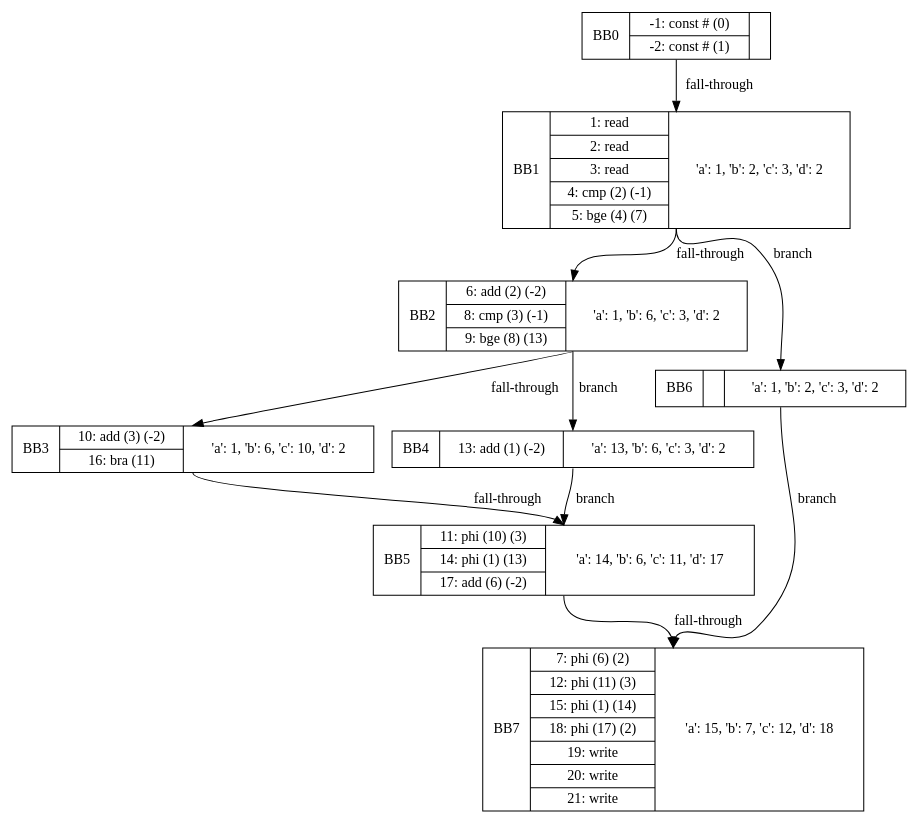
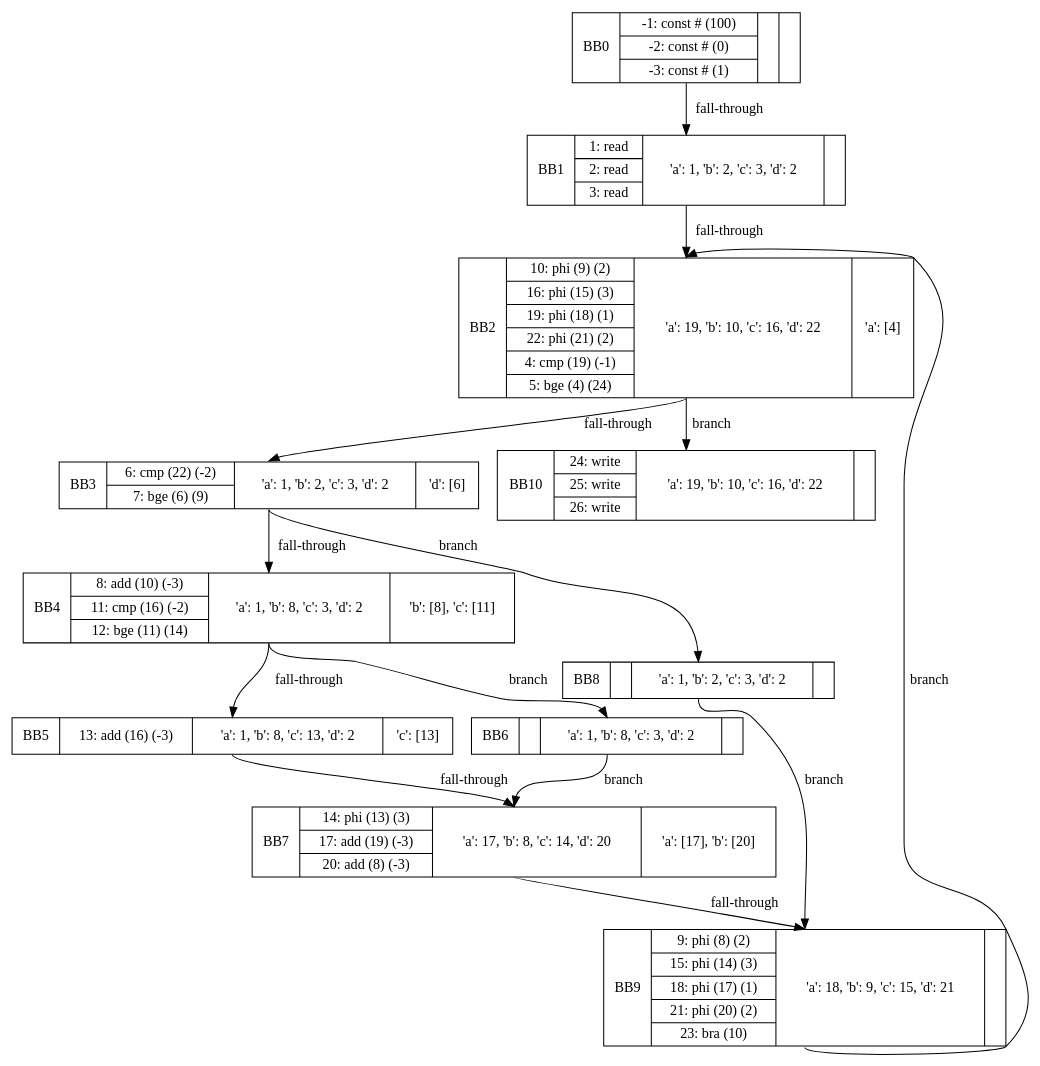
One commit to mahbub-hr/compiler_cs241 changed the diagram in Project3/src/main/graph.dot. Above: the diagram before and after it, drawn with Graphviz. The commit also changed 7 other files, not shown here.

```diff
--- a/Project3/src/main/graph.dot
+++ b/Project3/src/main/graph.dot
@@ -1,19 +1,26 @@
 digraph G{
-bb0[shape=record, label="<b>BB0|{-1: const # (0) |-2: const # (1) }|{}"];
-bb1[shape=record, label="<b>BB1|{1: read  |2: read  |3: read  |4: cmp (2) (-1)|5: bge (4) (7)}|{'a': 1, 'b': 2, 'c': 3, 'd': 2}"];
-bb2[shape=record, label="<b>BB2|{6: add (2) (-2)|8: cmp (3) (-1)|9: bge (8) (13)}|{'a': 1, 'b': 6, 'c': 3, 'd': 2}"];
-bb3[shape=record, label="<b>BB3|{10: add (3) (-2)|16: bra (11) }|{'a': 1, 'b': 6, 'c': 10, 'd': 2}"];
-bb4[shape=record, label="<b>BB4|{13: add (1) (-2)}|{'a': 13, 'b': 6, 'c': 3, 'd': 2}"];
-bb5[shape=record, label="<b>BB5|{11: phi (10) (3)|14: phi (1) (13)|17: add (6) (-2)}|{'a': 14, 'b': 6, 'c': 11, 'd': 17}"];
-bb6[shape=record, label="<b>BB6|{}|{'a': 1, 'b': 2, 'c': 3, 'd': 2}"];
-bb7[shape=record, label="<b>BB7|{7: phi (6) (2)|12: phi (11) (3)|15: phi (1) (14)|18: phi (17) (2)|19: write  |20: write  |21: write  }|{'a': 15, 'b': 7, 'c': 12, 'd': 18}"];
+bb0[shape=record, label="<b>BB0|{-1: const # (100) |-2: const # (0) |-3: const # (1) }|{{}}|{}}"];
+bb1[shape=record, label="<b>BB1|{1: read  |2: read  |3: read  }|{{'a': 1, 'b': 2, 'c': 3, 'd': 2}}|{}}"];
+bb2[shape=record, label="<b>BB2|{10: phi (9) (2)|16: phi (15) (3)|19: phi (18) (1)|22: phi (21) (2)|4: cmp (19) (-1)|5: bge (4) (24)}|{{'a': 19, 'b': 10, 'c': 16, 'd': 22}}|{'a': [4]}}"];
+bb3[shape=record, label="<b>BB3|{6: cmp (22) (-2)|7: bge (6) (9)}|{{'a': 1, 'b': 2, 'c': 3, 'd': 2}}|{'d': [6]}}"];
+bb4[shape=record, label="<b>BB4|{8: add (10) (-3)|11: cmp (16) (-2)|12: bge (11) (14)}|{{'a': 1, 'b': 8, 'c': 3, 'd': 2}}|{'b': [8], 'c': [11]}}"];
+bb5[shape=record, label="<b>BB5|{13: add (16) (-3)}|{{'a': 1, 'b': 8, 'c': 13, 'd': 2}}|{'c': [13]}}"];
+bb6[shape=record, label="<b>BB6|{}|{{'a': 1, 'b': 8, 'c': 3, 'd': 2}}|{}}"];
+bb7[shape=record, label="<b>BB7|{14: phi (13) (3)|17: add (19) (-3)|20: add (8) (-3)}|{{'a': 17, 'b': 8, 'c': 14, 'd': 20}}|{'a': [17], 'b': [20]}}"];
+bb8[shape=record, label="<b>BB8|{}|{{'a': 1, 'b': 2, 'c': 3, 'd': 2}}|{}}"];
+bb9[shape=record, label="<b>BB9|{9: phi (8) (2)|15: phi (14) (3)|18: phi (17) (1)|21: phi (20) (2)|23: bra (10) }|{{'a': 18, 'b': 9, 'c': 15, 'd': 21}}|{}}"];
+bb10[shape=record, label="<b>BB10|{24: write  |25: write  |26: write  }|{{'a': 19, 'b': 10, 'c': 16, 'd': 22}}|{}}"];
 bb0:s->bb1:n[label="fall-through"];
 bb1:s->bb2:n[label="fall-through"];
-bb1:s->bb6:n[label="branch"];
 bb2:s->bb3:n[label="fall-through"];
-bb2:s->bb4:n[label="branch"];
-bb3:s->bb5:n[label="fall-through"];
-bb4:s->bb5:n[label="branch"];
+bb2:s->bb10:n[label="branch"];
+bb3:s->bb4:n[label="fall-through"];
+bb3:s->bb8:n[label="branch"];
+bb4:s->bb5:n[label="fall-through"];
+bb4:s->bb6:n[label="branch"];
 bb5:s->bb7:n[label="fall-through"];
 bb6:s->bb7:n[label="branch"];
+bb7:s->bb9:n[label="fall-through"];
+bb8:s->bb9:n[label="branch"];
+bb9:s->bb2:n[label="branch"];
 }
```
